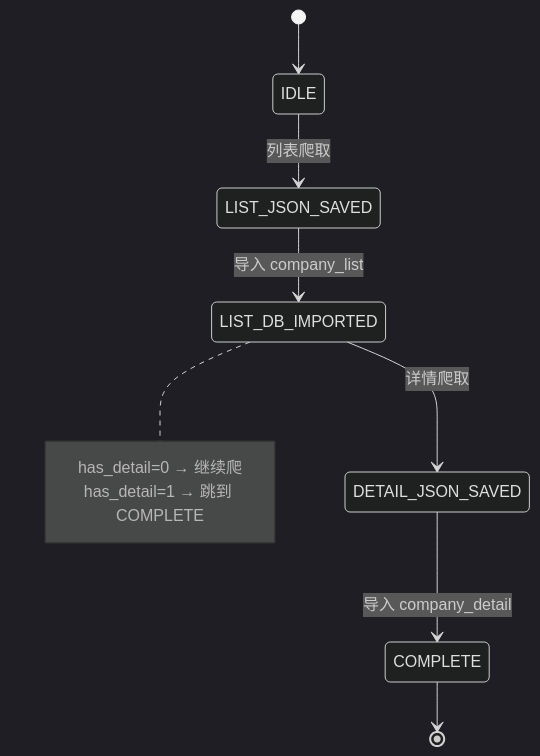
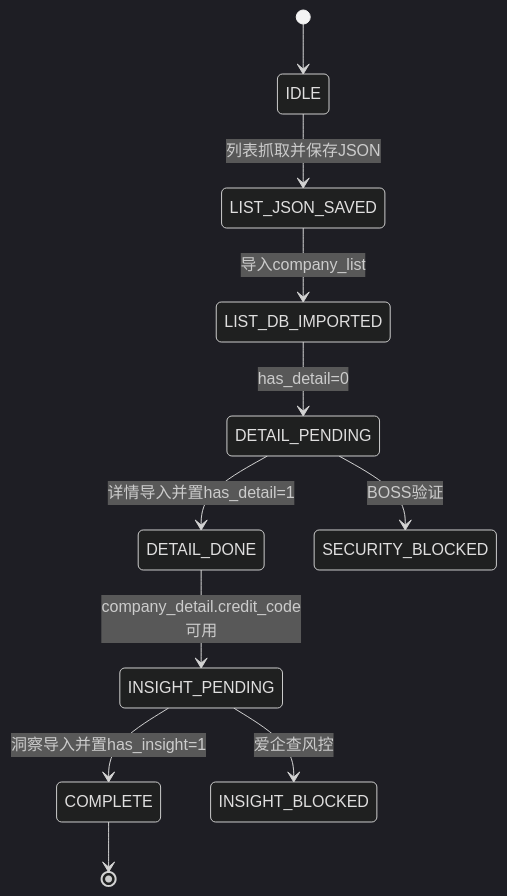
The first of 3 diagrams in specs/task_pipeline_state_machine.md (mednight4/boss-zhipin-scraper), drawn with Mermaid (dark theme) before and after one commit. The commit also changed other lines of this file and 24 other files, not shown here.

````diff
--- a/specs/task_pipeline_state_machine.md
+++ b/specs/task_pipeline_state_machine.md
@@ -163,14 +180,13 @@
 ```mermaid
 stateDiagram-v2
     [*] --> IDLE
-    IDLE --> LIST_JSON_SAVED : 列表爬取
-    LIST_JSON_SAVED --> LIST_DB_IMPORTED : 导入 company_list
-    LIST_DB_IMPORTED --> DETAIL_JSON_SAVED : 详情爬取
-    DETAIL_JSON_SAVED --> COMPLETE : 导入 company_detail
+    IDLE --> LIST_JSON_SAVED : 列表抓取并保存JSON
+    LIST_JSON_SAVED --> LIST_DB_IMPORTED : 导入company_list
+    LIST_DB_IMPORTED --> DETAIL_PENDING : has_detail=0
+    DETAIL_PENDING --> DETAIL_DONE : 详情导入并置has_detail=1
+    DETAIL_DONE --> INSIGHT_PENDING : company_detail.credit_code可用
+    INSIGHT_PENDING --> COMPLETE : 洞察导入并置has_insight=1
     COMPLETE --> [*]
-
-    note right of LIST_DB_IMPORTED
-        has_detail=0 → 继续爬
-        has_detail=1 → 跳到 COMPLETE
-    end note
+    DETAIL_PENDING --> SECURITY_BLOCKED : BOSS验证
+    INSIGHT_PENDING --> INSIGHT_BLOCKED : 爱企查风控
 ```
````
